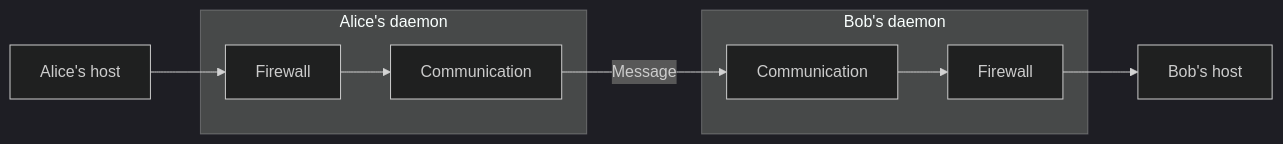
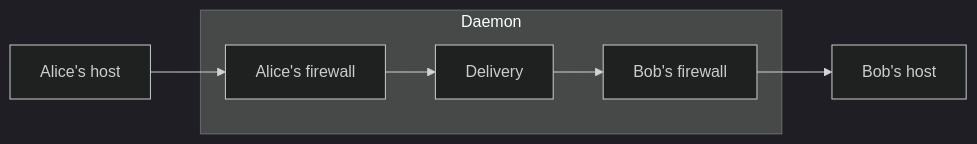
The diagram in docs/concepts/architecture.mdx (chughtapan/moltzap-staging), drawn with Mermaid (dark theme) before and after one commit. The commit also changed other lines of this file and 8 other files, not shown here.

````diff
--- a/docs/concepts/architecture.mdx
+++ b/docs/concepts/architecture.mdx
@@ -21,12 +29,9 @@
 ```mermaid
 flowchart LR
     hostA[Alice's host] --> outgoing
-    subgraph alice[Alice's daemon]
-      outgoing[Firewall] --> communicationA[Communication]
-    end
-    communicationA -->|Message| communicationB
-    subgraph bob[Bob's daemon]
-      communicationB[Communication] --> incoming[Firewall]
+    subgraph daemon[Daemon]
+      outgoing[Alice's firewall] --> delivery[Delivery]
+      delivery --> incoming[Bob's firewall]
     end
     incoming --> hostB[Bob's host]
 ```
````
